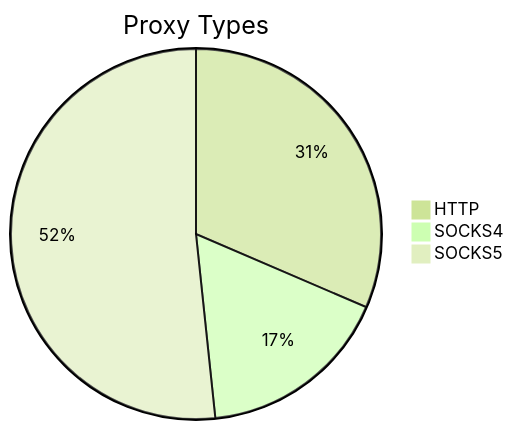
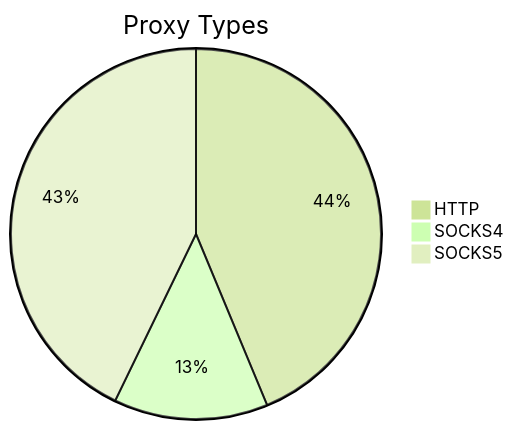
One commit to stormsia/proxy-list changed the first of 2 diagrams in README.md. Above: the diagram before and after it, drawn with Mermaid (forest theme). The commit also changed other lines of this file, not shown here.

````diff
--- a/README.md
+++ b/README.md
@@ -21,6 +21,6 @@
 ```mermaid
 pie title Proxy Types
-    "HTTP" : 151
-    "SOCKS4" : 81
-    "SOCKS5" : 248
+    "HTTP" : 143
+    "SOCKS4" : 44
+    "SOCKS5" : 140
 ```
````
